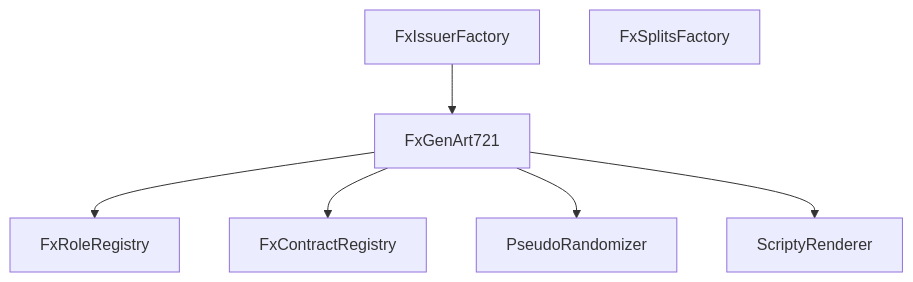
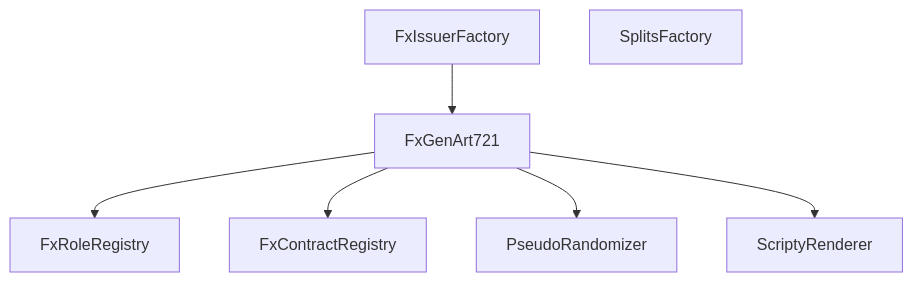
Before and after one commit to fxhash/fxhash-evm-core: the diagram in README.md, drawn with Mermaid. The commit also changed other lines of this file and 9 other files, not shown here.

````diff
--- a/README.md
+++ b/README.md
@@ -33,9 +33,9 @@
 ```mermaid
 graph TD
 B[FxGenArt721]--> A[FxRoleRegistry]
 C[FxIssuerFactory] --> B
 B --> D[FxContractRegistry]
-E[FxSplitsFactory]
+E[SplitsFactory]
 B --> F[PseudoRandomizer]
 B --> G[ScriptyRenderer]
 ```
````
